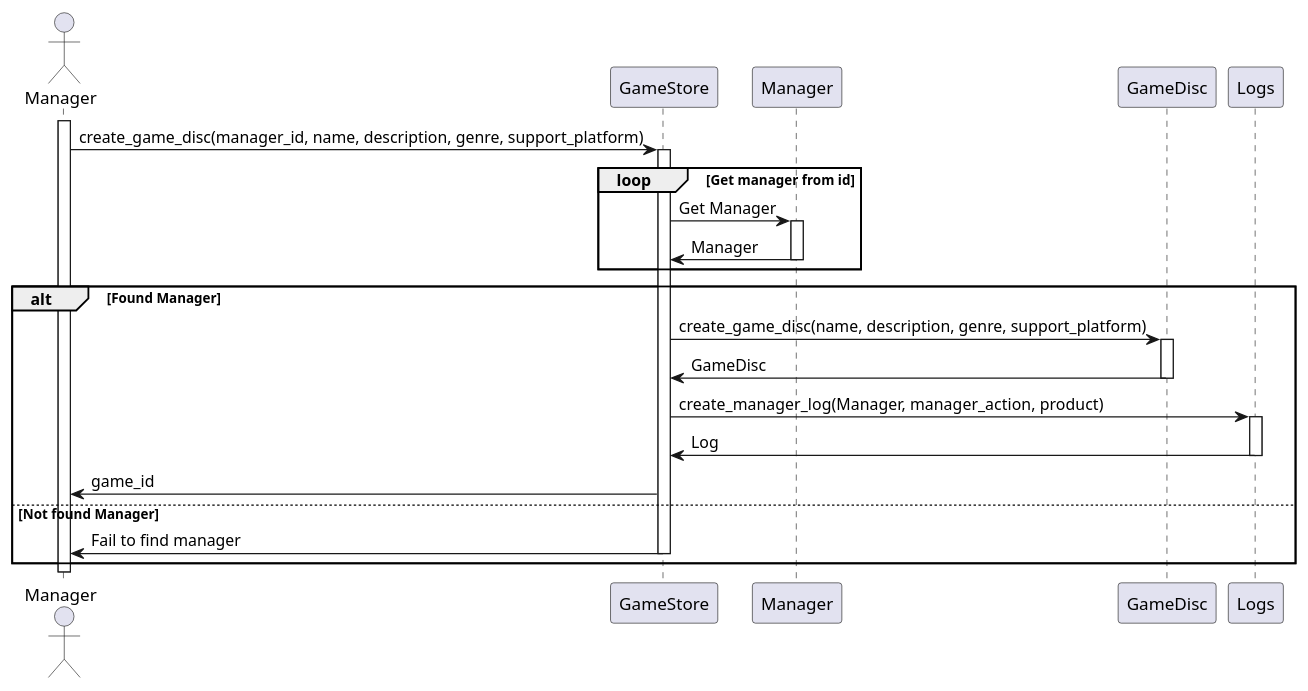
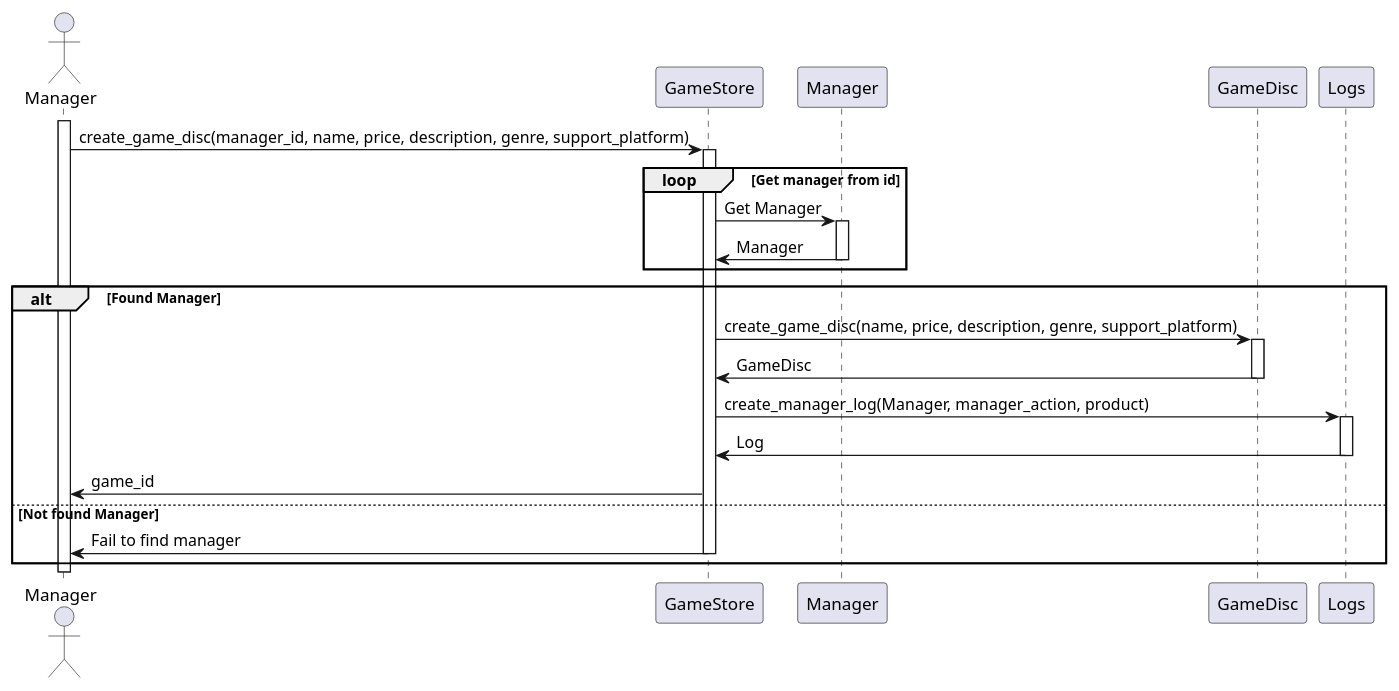
Before and after one commit to WaroonRagwongsiri/OOP_Project: the diagram in SequenceDiagram/sequence_diagram_create_game_disc.puml, drawn with PlantUML. The commit also changed 3 other files, not shown here.

Commit message:
subscribeAPI remove unnecessary route and create_game_disc_API

```diff
--- a/SequenceDiagram/sequence_diagram_create_game_disc.puml
+++ b/SequenceDiagram/sequence_diagram_create_game_disc.puml
@@ -1,50 +1,50 @@
 @startuml SequenceDiagramCreateGame
 
 actor Manager as A_Manager
 
 participant GameStore
 participant Manager as P_Manager
 participant GameDisc
 participant Logs
 
 activate A_Manager
 
-A_Manager -> GameStore : create_game_disc(manager_id, name, description, genre, support_platform)
+A_Manager -> GameStore : create_game_disc(manager_id, name, price, description, genre, support_platform)
 activate GameStore
 
 loop Get manager from id
 
 	GameStore -> P_Manager : Get Manager
 	activate P_Manager
 
 	P_Manager -> GameStore : Manager
 	deactivate P_Manager
 
 end
 
 alt Found Manager
 
-	GameStore -> GameDisc : create_game_disc(name, description, genre, support_platform)
+	GameStore -> GameDisc : create_game_disc(name, price, description, genre, support_platform)
 	activate GameDisc
 
 	GameDisc -> GameStore : GameDisc
 	deactivate GameDisc
 
 	GameStore -> Logs : create_manager_log(Manager, manager_action, product)
 	activate Logs
 
 	Logs -> GameStore : Log
 	deactivate Logs
 
 	GameStore -> A_Manager : game_id
 
 else Not found Manager
 
 	GameStore -> A_Manager : Fail to find manager
 	deactivate GameStore
 
 end
 
 deactivate A_Manager
 
 @enduml
```
